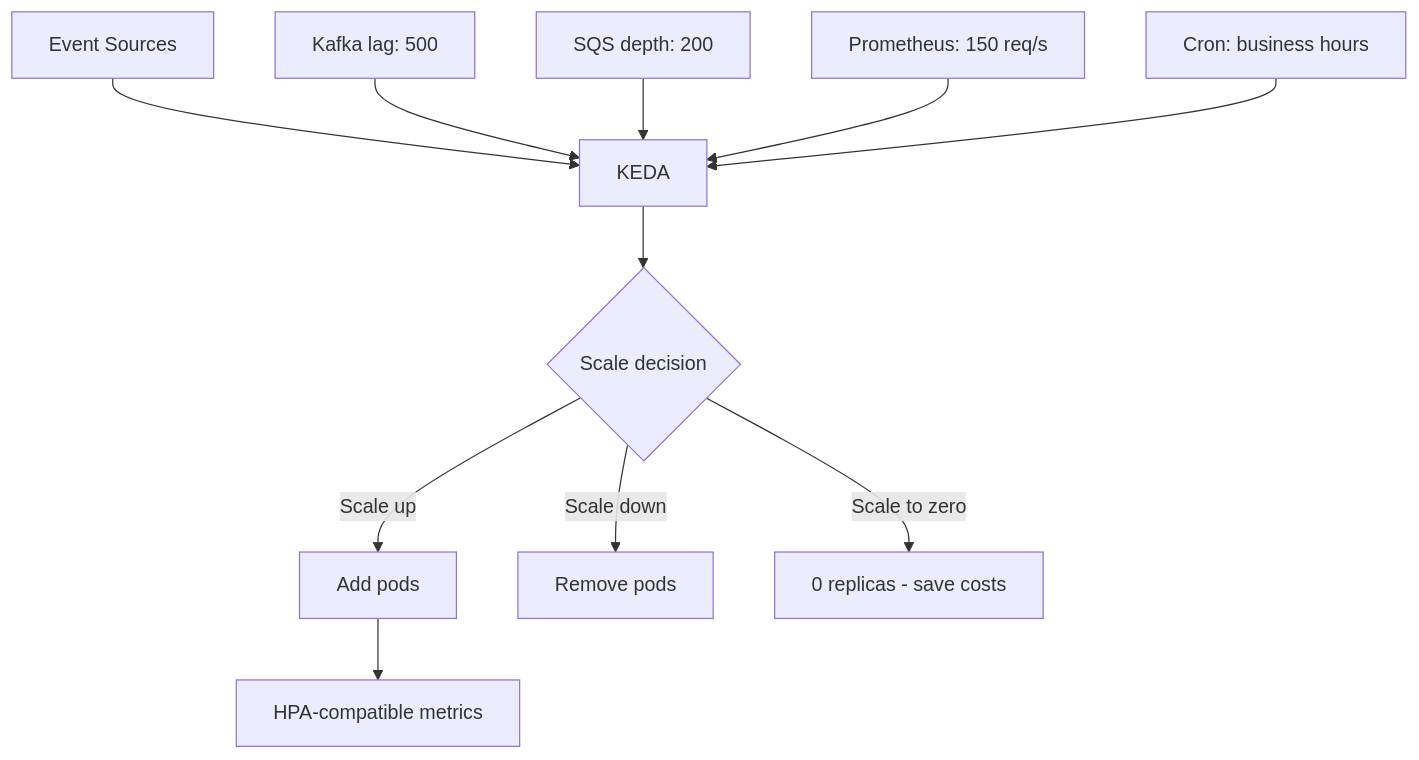
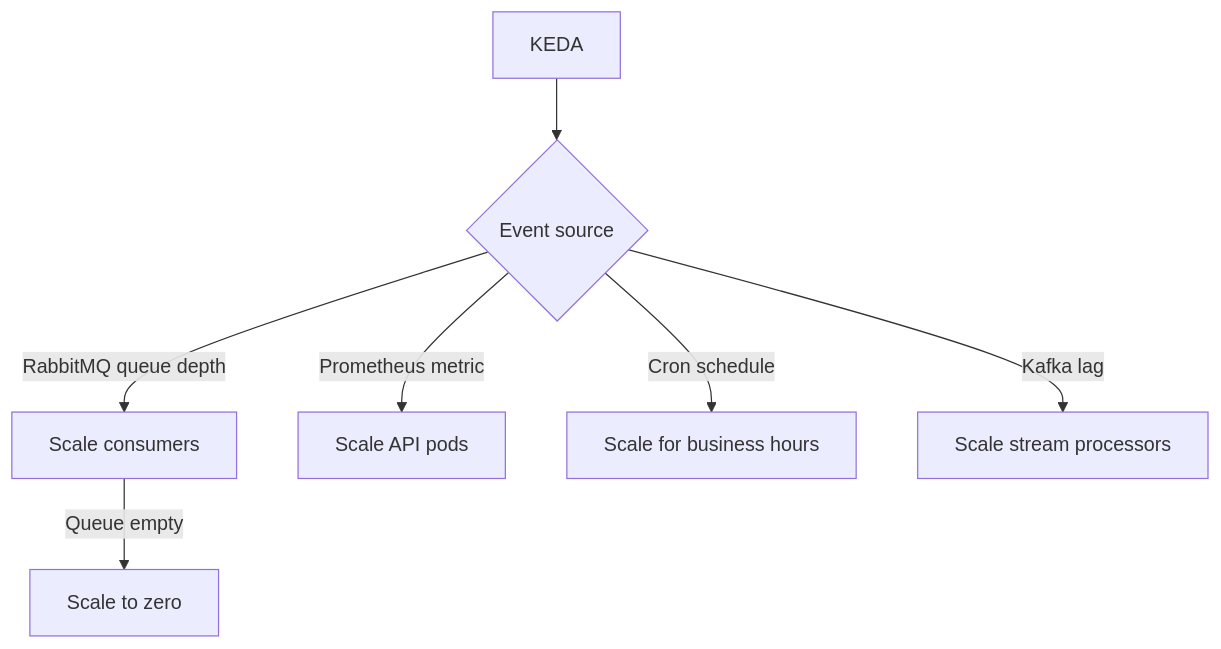
The diagram in src/content/recipes/keda-event-driven-autoscaling.md (greg4fun/kubernetesrecipes.github.io), drawn with Mermaid before and after one commit. The commit also changed other lines of this file and 11 other files, not shown here.

````diff
--- a/src/content/recipes/keda-event-driven-autoscaling.md
+++ b/src/content/recipes/keda-event-driven-autoscaling.md
@@ -144,13 +94,9 @@
 ```mermaid
 graph TD
-    A[Event Sources] --> B[KEDA]
-    A1[Kafka lag: 500] --> B
-    A2[SQS depth: 200] --> B
-    A3[Prometheus: 150 req/s] --> B
-    A4[Cron: business hours] --> B
-    B --> C{Scale decision}
-    C -->|Scale up| D[Add pods]
-    C -->|Scale down| E[Remove pods]
-    C -->|Scale to zero| F[0 replicas - save costs]
-    D --> G[HPA-compatible metrics]
+    A[KEDA] --> B{Event source}
+    B -->|RabbitMQ queue depth| C[Scale consumers]
+    B -->|Prometheus metric| D[Scale API pods]
+    B -->|Cron schedule| E[Scale for business hours]
+    B -->|Kafka lag| F[Scale stream processors]
+    C -->|Queue empty| G[Scale to zero]
 ```
````
